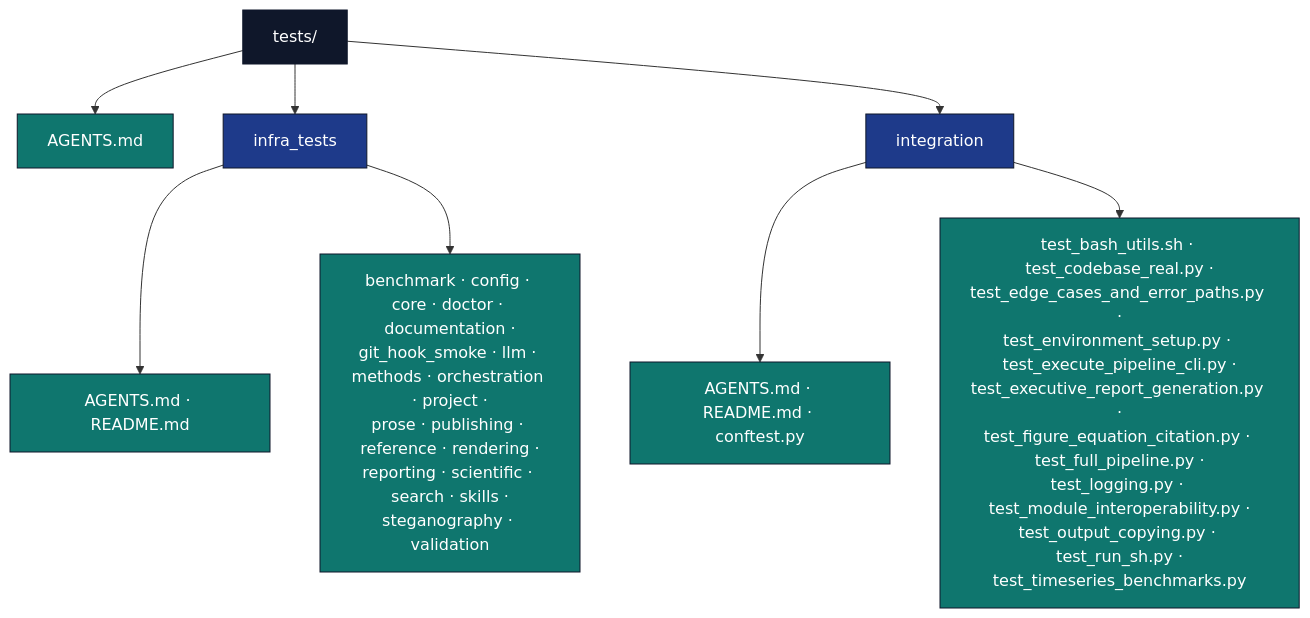
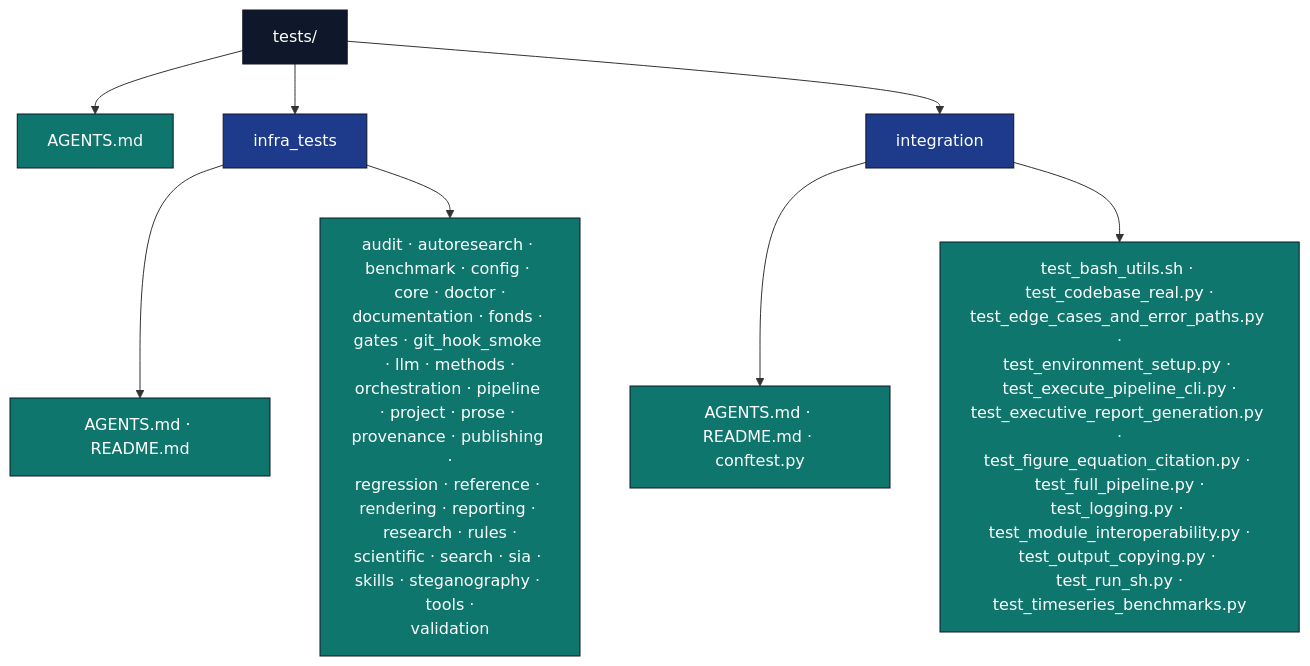
One commit to docxology/template changed the diagram in tests/README.md. Above: the diagram before and after it, drawn with Mermaid. The commit also changed 153 other files, not shown here.

````diff
--- a/tests/README.md
+++ b/tests/README.md
@@ -51,20 +51,20 @@
 ```mermaid
 flowchart TB
     T[tests/]
     T --> T_AG[AGENTS.md]
     T --> INFRA_T[infra_tests]
     T --> INTEG[integration]
 
     INFRA_T --> INFRA_DOCS[AGENTS.md · README.md]
-    INFRA_T --> INFRA_SUB[benchmark · config · core · doctor · documentation ·<br/>git_hook_smoke · llm · methods · orchestration · project ·<br/>prose · publishing · reference · rendering ·<br/>reporting · scientific · search · skills ·<br/>steganography · validation]
+    INFRA_T --> INFRA_SUB[audit · autoresearch · benchmark · config · core · doctor ·<br/>documentation · fonds · gates · git_hook_smoke · llm · methods ·<br/>orchestration · pipeline · project · prose · provenance · publishing ·<br/>regression · reference · rendering · reporting · research · rules ·<br/>scientific · search · sia · skills · steganography · tools ·<br/>validation]
 
     INTEG --> INT_DOCS[AGENTS.md · README.md · conftest.py]
     INTEG --> INT_FILES[test_bash_utils.sh · test_codebase_real.py ·<br/>test_edge_cases_and_error_paths.py ·<br/>test_environment_setup.py · test_execute_pipeline_cli.py ·<br/>test_executive_report_generation.py ·<br/>test_figure_equation_citation.py · test_full_pipeline.py ·<br/>test_logging.py · test_module_interoperability.py ·<br/>test_output_copying.py · test_run_sh.py ·<br/>test_timeseries_benchmarks.py]
 
     classDef d fill:#0f172a,stroke:#0f172a,color:#fff
     classDef pkg fill:#1e3a8a,stroke:#0f172a,color:#fff
     classDef f fill:#0f766e,stroke:#0f172a,color:#fff
     class T d
     class INFRA_T,INTEG pkg
     class T_AG,INFRA_DOCS,INFRA_SUB,INT_DOCS,INT_FILES f
 ```
````
